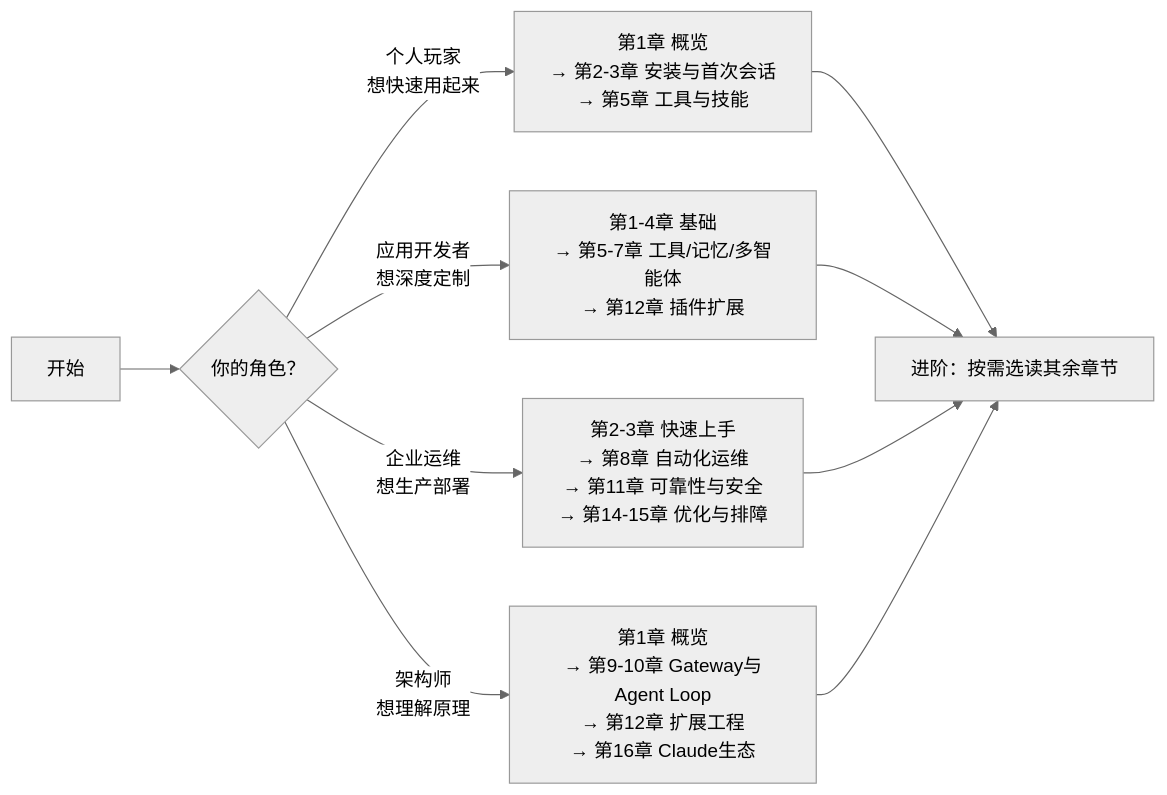
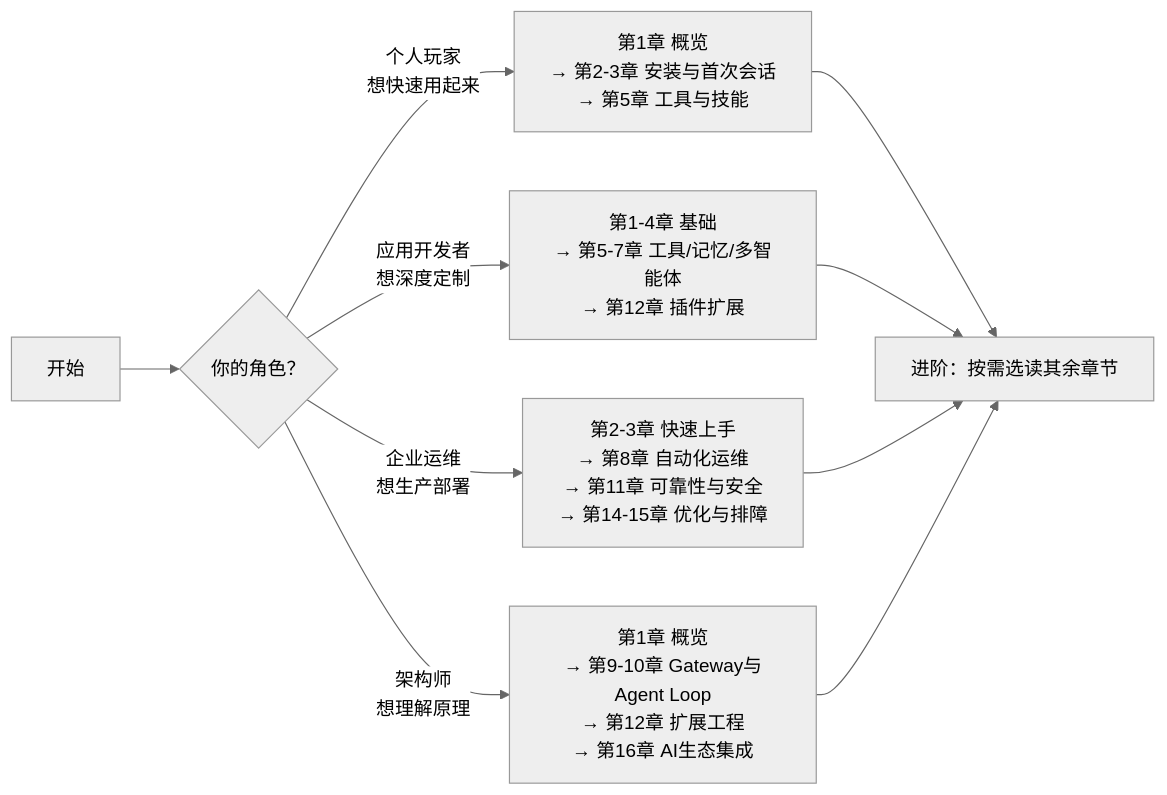
One commit to yeasy/openclaw_guide changed the diagram in README.md. Above: the diagram before and after it, drawn with Mermaid (neutral theme). The commit also changed other lines of this file, not shown here.

````diff
--- a/README.md
+++ b/README.md
@@ -65,12 +66,12 @@
 ```mermaid
 graph LR
     START["开始"] --> Q{"你的角色？"}
     Q -->|"个人玩家<br/>想快速用起来"| P1["第1章 概览<br/>→ 第2-3章 安装与首次会话<br/>→ 第5章 工具与技能"]
     Q -->|"应用开发者<br/>想深度定制"| P2["第1-4章 基础<br/>→ 第5-7章 工具/记忆/多智能体<br/>→ 第12章 插件扩展"]
     Q -->|"企业运维<br/>想生产部署"| P3["第2-3章 快速上手<br/>→ 第8章 自动化运维<br/>→ 第11章 可靠性与安全<br/>→ 第14-15章 优化与排障"]
-    Q -->|"架构师<br/>想理解原理"| P4["第1章 概览<br/>→ 第9-10章 Gateway与Agent Loop<br/>→ 第12章 扩展工程<br/>→ 第16章 Claude生态"]
+    Q -->|"架构师<br/>想理解原理"| P4["第1章 概览<br/>→ 第9-10章 Gateway与Agent Loop<br/>→ 第12章 扩展工程<br/>→ 第16章 AI生态集成"]
     P1 --> ADV["进阶：按需选读其余章节"]
     P2 --> ADV
     P3 --> ADV
     P4 --> ADV
 ```
````
